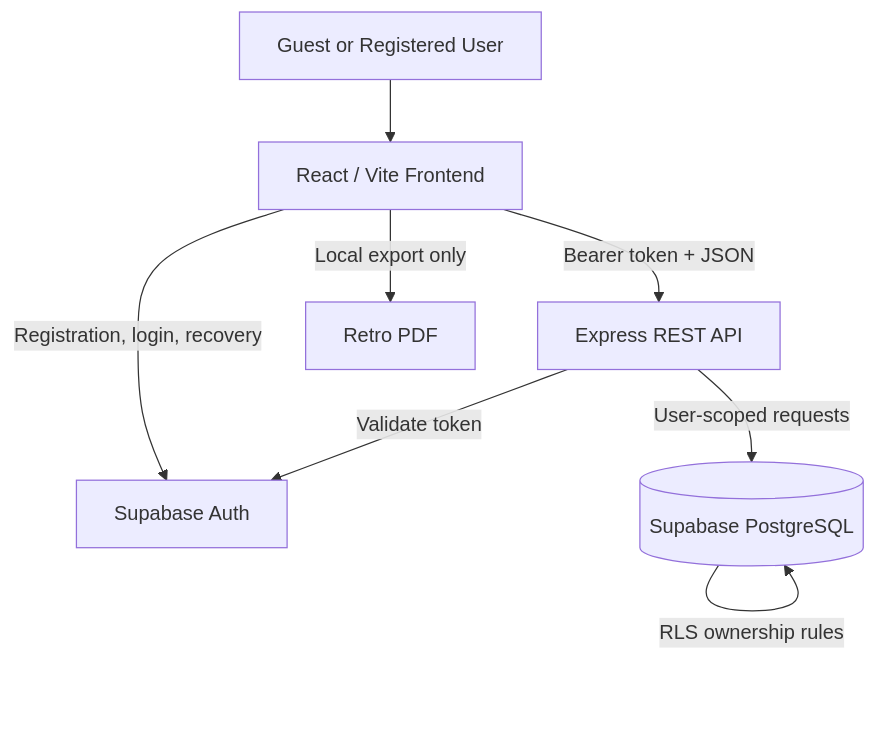
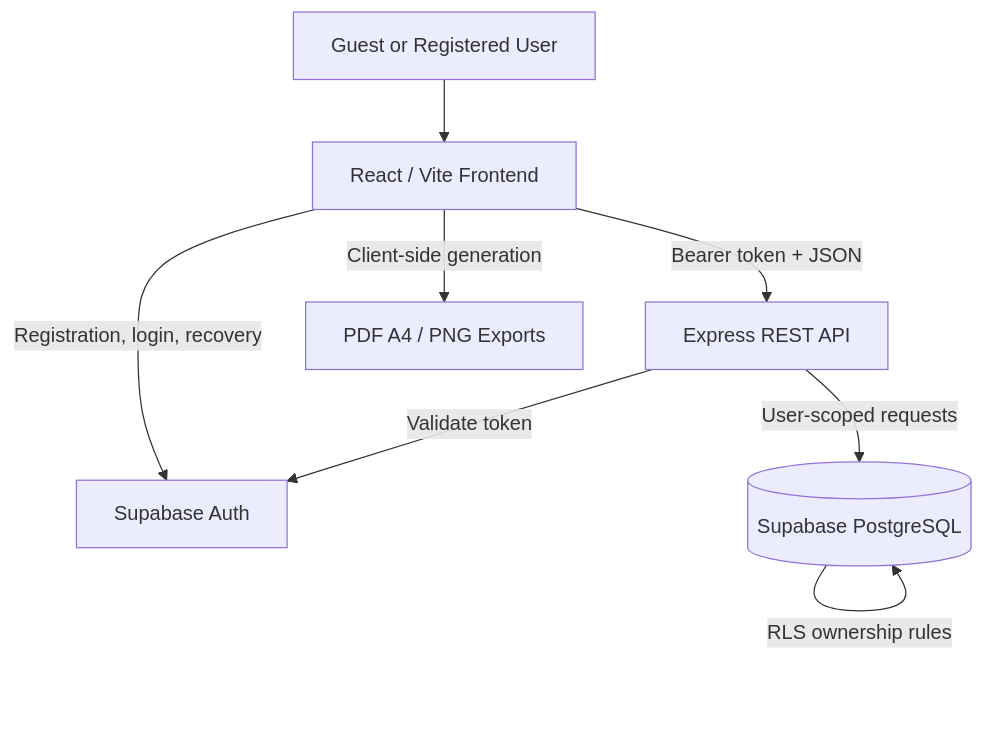
One commit to AlexandroLeao/rpg-character-creator changed the diagram in docs/architecture.md. Above: the diagram before and after it, drawn with Mermaid. The commit also changed other lines of this file and 8 other files, not shown here.

Commit message:
docs: align six-stage character creator and export roadmap

````diff
--- a/docs/architecture.md
+++ b/docs/architecture.md
@@ -11,10 +15,10 @@
 ```mermaid
 flowchart TD
     U[Guest or Registered User] --> F[React / Vite Frontend]
     F -->|Registration, login, recovery| A[Supabase Auth]
     F -->|Bearer token + JSON| B[Express REST API]
     B -->|Validate token| A
     B -->|User-scoped requests| D[(Supabase PostgreSQL)]
     D -->|RLS ownership rules| D
-    F -->|Local export only| P[Retro PDF]
+    F -->|Client-side generation| E[PDF A4 / PNG Exports]
 ```
````
